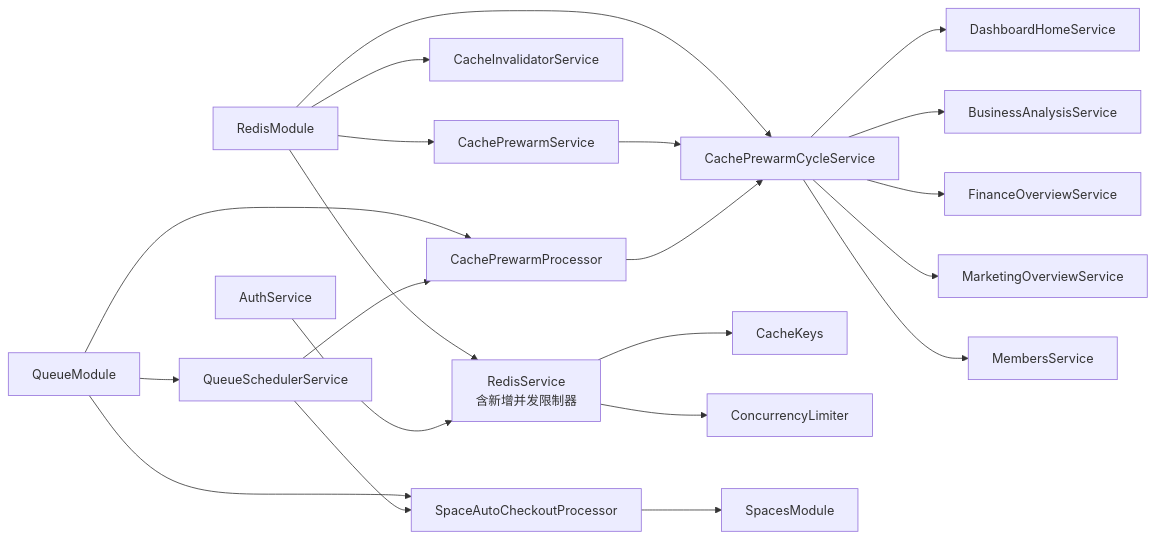
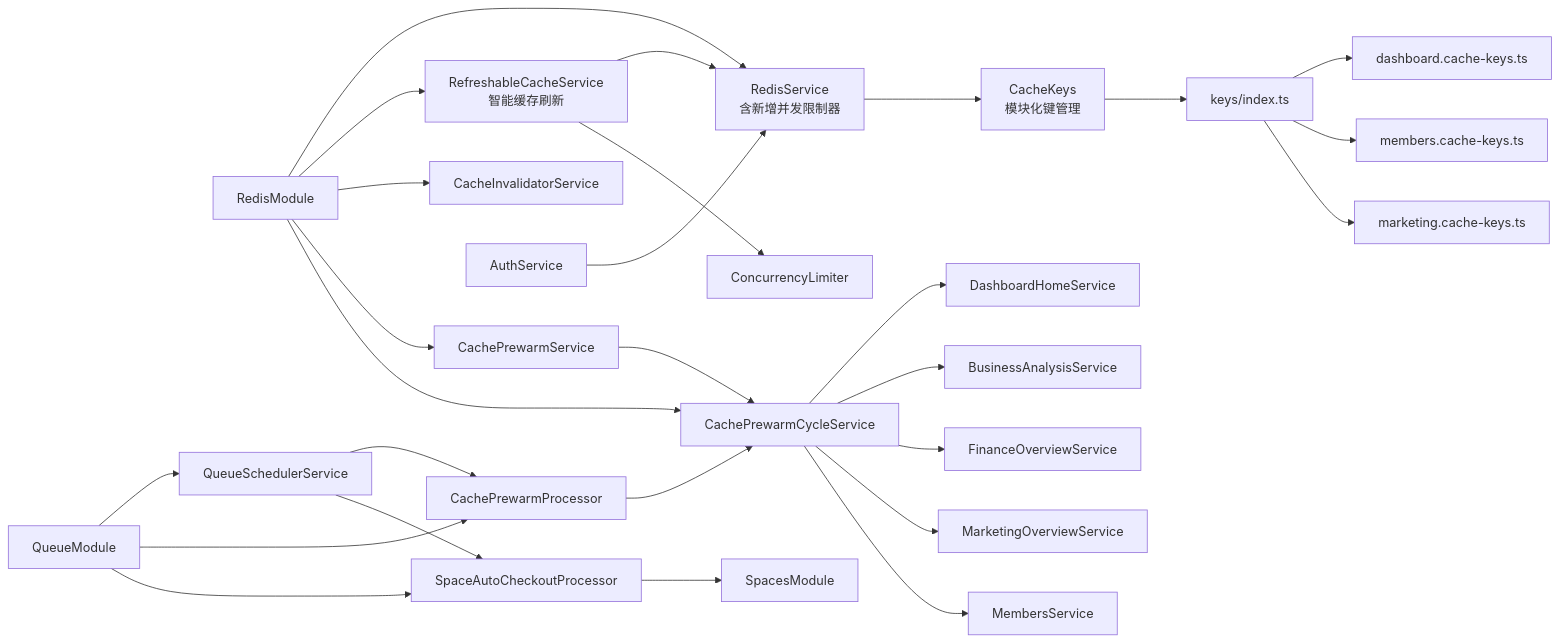
One commit to rc558620/purelyprofit-server changed diagram 11 of 11 in .qoder/repowiki/zh/content/缓存系统/缓存系统.md. Above: the diagram before and after it, drawn with Mermaid. The commit also changed other lines of this file and 45 other files, not shown here.

````diff
--- a/.qoder/repowiki/zh/content/缓存系统/缓存系统.md
+++ b/.qoder/repowiki/zh/content/缓存系统/缓存系统.md
@@ -730,23 +892,29 @@
 ```mermaid
 graph LR
 RM["RedisModule"] --> RS["RedisService<br/>含新增并发限制器"]
+RM --> RCS["RefreshableCacheService<br/>智能缓存刷新"]
 RM --> CIS["CacheInvalidatorService"]
 RM --> CPS["CachePrewarmService"]
 RM --> CYCLE["CachePrewarmCycleService"]
+RCS --> RS
+RCS --> CL["ConcurrencyLimiter"]
 CPS --> CYCLE
 CYCLE --> DHBiz["DashboardHomeService"]
 CYCLE --> BABiz["BusinessAnalysisService"]
 CYCLE --> FOBiz["FinanceOverviewService"]
 CYCLE --> MOBiz["MarketingOverviewService"]
 CYCLE --> MembBiz["MembersService"]
-RS --> CK["CacheKeys"]
-RS --> CL["ConcurrencyLimiter"]
+RS --> CK["CacheKeys<br/>模块化键管理"]
 AUTH["AuthService"] --> RS
 QM["QueueModule"] --> QS["QueueSchedulerService"]
 QM --> CPQ["CachePrewarmProcessor"]
 QM --> SACQ["SpaceAutoCheckoutProcessor"]
 QS --> CPQ
 QS --> SACQ
 CPQ --> CYCLE
 SACQ --> SPACES["SpacesModule"]
+CK --> KEYS_INDEX["keys/index.ts"]
+KEYS_INDEX --> DASHKEYS["dashboard.cache-keys.ts"]
+KEYS_INDEX --> MEMKEYS["members.cache-keys.ts"]
+KEYS_INDEX --> MKTKEYS["marketing.cache-keys.ts"]
 ```
````
